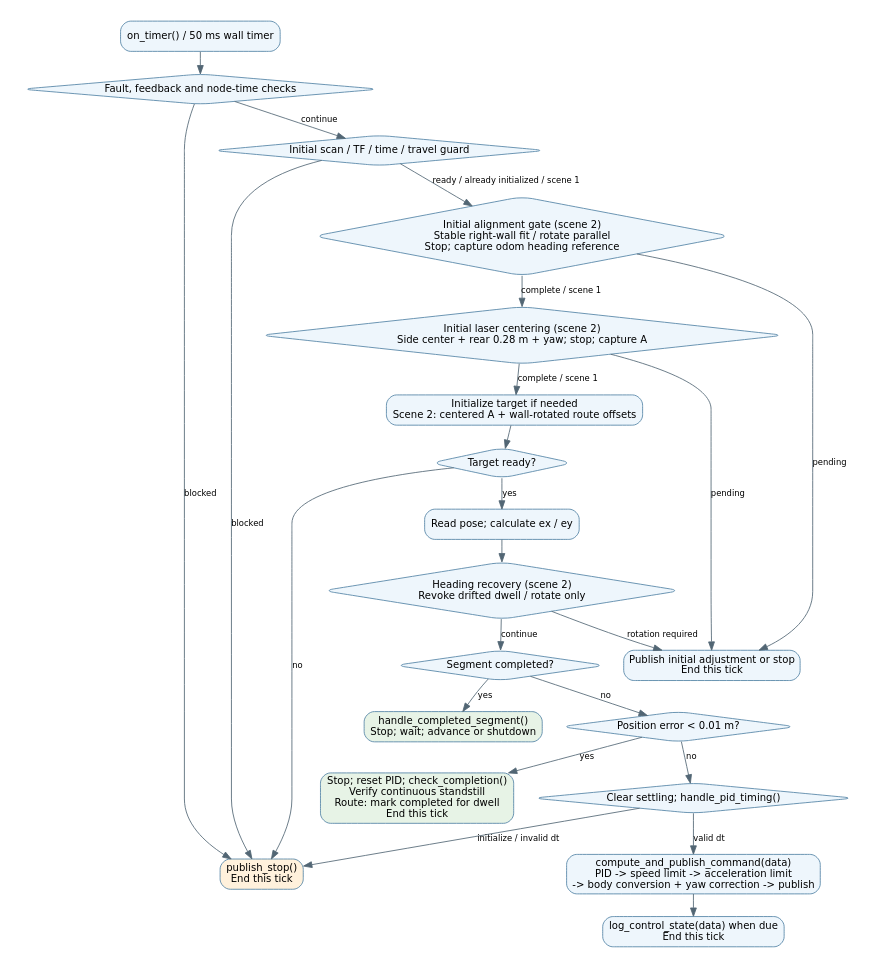
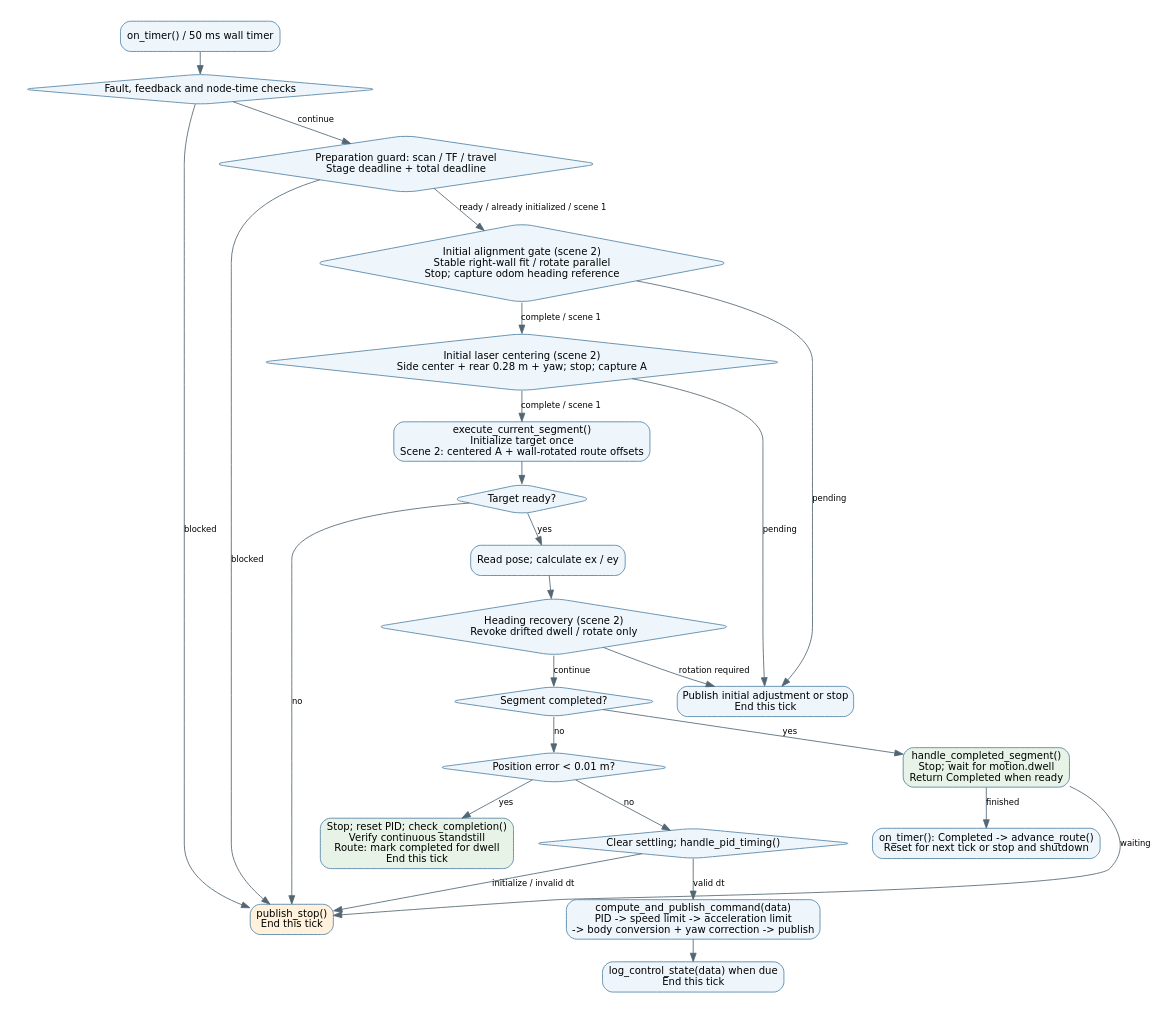
Before and after one commit to Cooper-Yu/distance_controller: the diagram in docs/diagrams/control_flow.dot, drawn with Graphviz. The commit also changed 16 other files, not shown here.

Commit message:
Compose reusable planar routes and diagnose preparation stage timeouts

```diff
--- a/docs/diagrams/control_flow.dot
+++ b/docs/diagrams/control_flow.dot
@@ -1,45 +1,48 @@
 digraph control {
   graph [rankdir=TB, bgcolor="white", pad="0.25", nodesep="0.3", ranksep="0.35"];
   node [shape=box, style="rounded,filled", fillcolor="#eef6fc", color="#5182a5", fontname="DejaVu Sans", fontsize=12];
   edge [color="#526674", fontname="DejaVu Sans", fontsize=10];
   start [label="on_timer() / 50 ms wall timer"];
   guard [label="Fault, feedback and node-time checks",shape=diamond];
   stop [label="publish_stop()\nEnd this tick",fillcolor="#fff1dc"];
   align [label="Initial alignment gate (scene 2)\nStable right-wall fit / rotate parallel\nStop; capture odom heading reference",shape=diamond];
   recover [label="Heading recovery (scene 2)\nRevoke drifted dwell / rotate only",shape=diamond];
   rotate [label="Publish initial adjustment or stop\nEnd this tick"];
-  target [label="Initialize target if needed\nScene 2: centered A + wall-rotated route offsets"];
+  target [label="execute_current_segment()\nInitialize target once\nScene 2: centered A + wall-rotated route offsets"];
   valid [label="Target ready?",shape=diamond];
   errors [label="Read pose; calculate ex / ey"];
   done [label="Segment completed?",shape=diamond];
-  dwell [label="handle_completed_segment()\nStop; wait; advance or shutdown",fillcolor="#e7f3e6"];
+  dwell [label="handle_completed_segment()\nStop; wait for motion.dwell\nReturn Completed when ready",fillcolor="#e7f3e6"];
   near [label="Position error < 0.01 m?",shape=diamond];
   settle [label="Stop; reset PID; check_completion()\nVerify continuous standstill\nRoute: mark completed for dwell\nEnd this tick",fillcolor="#e7f3e6"];
   timing [label="Clear settling; handle_pid_timing()",shape=diamond];
   compute [label="compute_and_publish_command(data)\nPID -> speed limit -> acceleration limit\n-> body conversion + yaw correction -> publish"];
   log [label="log_control_state(data) when due\nEnd this tick"];
   start -> guard;
   guard -> stop [label="blocked"];
-  scan [label="Initial scan / TF / time / travel guard",shape=diamond];
+  scan [label="Preparation guard: scan / TF / travel\nStage deadline + total deadline",shape=diamond];
   center [label="Initial laser centering (scene 2)\nSide center + rear 0.28 m + yaw; stop; capture A",shape=diamond];
   guard -> scan [label="continue"];
   scan -> stop [label="blocked"];
   scan -> align [label="ready / already initialized / scene 1"];
   align -> rotate [label="pending"];
   align -> center [label="complete / scene 1"];
   center -> rotate [label="pending"];
   center -> target [label="complete / scene 1"];
   target -> valid;
   valid -> stop [label="no"];
   valid -> errors [label="yes"];
   errors -> recover;
   recover -> rotate [label="rotation required"];
   recover -> done [label="continue"];
   done -> dwell [label="yes"];
+  advance [label="on_timer(): Completed -> advance_route()\nReset for next tick or stop and shutdown"];
+  dwell -> advance [label="finished"];
+  dwell -> stop [label="waiting"];
   done -> near [label="no"];
   near -> settle [label="yes"];
   near -> timing [label="no"];
   timing -> stop [label="initialize / invalid dt"];
   timing -> compute [label="valid dt"];
   compute -> log;
 }
```
